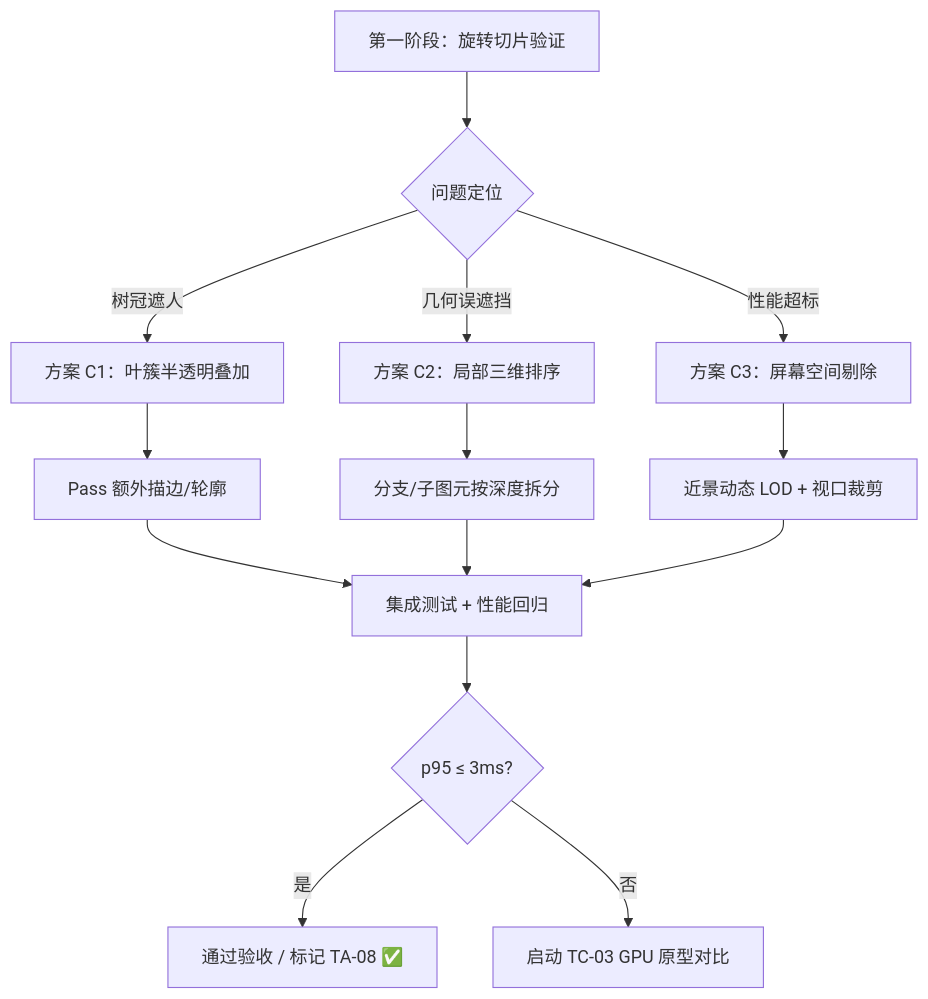
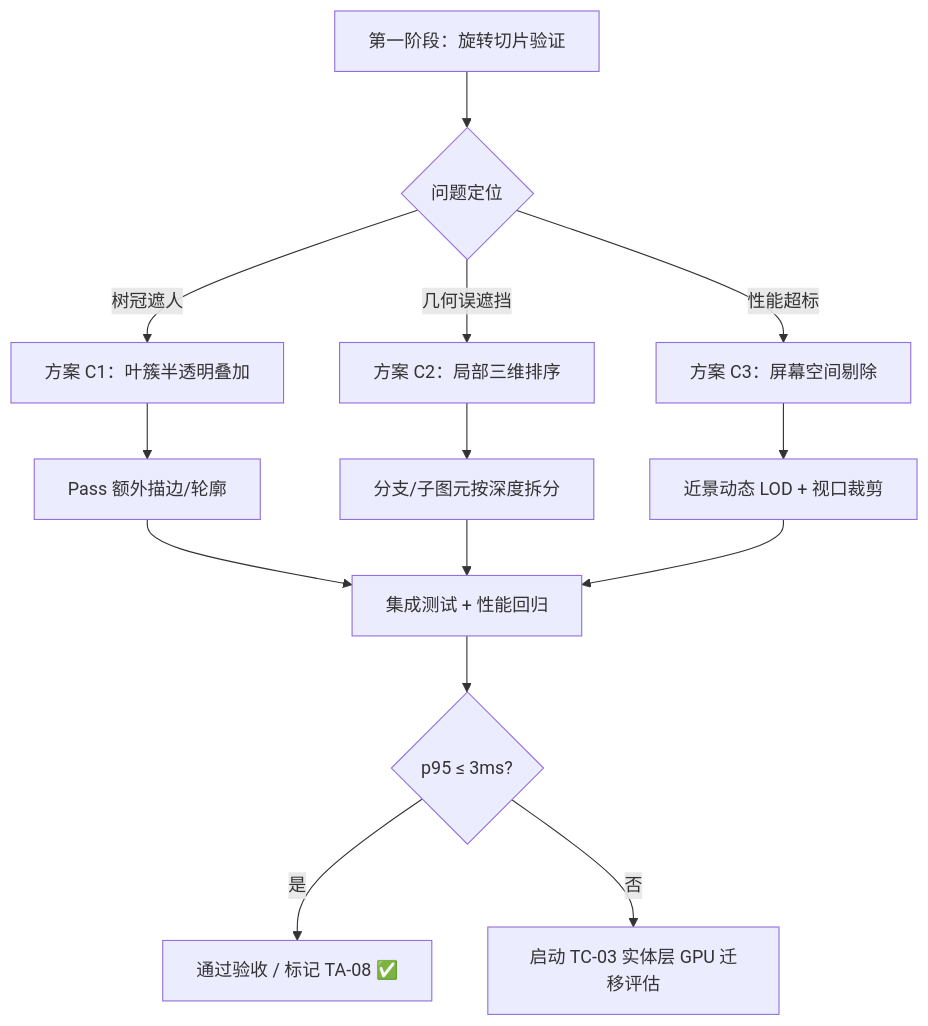
Before and after one commit to g39088902/FlowAndAccord: the diagram in TA-08-blocking-measurement.md, drawn with Mermaid. The commit also changed other lines of this file and 7 other files, not shown here.

````diff
--- a/TA-08-blocking-measurement.md
+++ b/TA-08-blocking-measurement.md
@@ -38,19 +38,19 @@
 ```mermaid
 graph TD
     A[第一阶段：旋转切片验证] --> B{问题定位}
     B -->|树冠遮人 | C[方案 C1：叶簇半透明叠加]
     B -->|几何误遮挡 | D[方案 C2：局部三维排序]
     B -->|性能超标 | E[方案 C3：屏幕空间剔除]
     
     C --> F[Pass 额外描边/轮廓]
     D --> G[分支/子图元按深度拆分]
     E --> H[近景动态 LOD + 视口裁剪]
     
     F --> I[集成测试 + 性能回归]
     G --> I
     H --> I
     
     I --> J{p95 ≤ 3ms?}
     J -->|是 | K[通过验收 / 标记 TA-08 ✅]
-    J -->|否 | L[启动 TC-03 GPU 原型对比]
+    J -->|否 | L[启动 TC-03 实体层 GPU 迁移评估]
 ```
````
